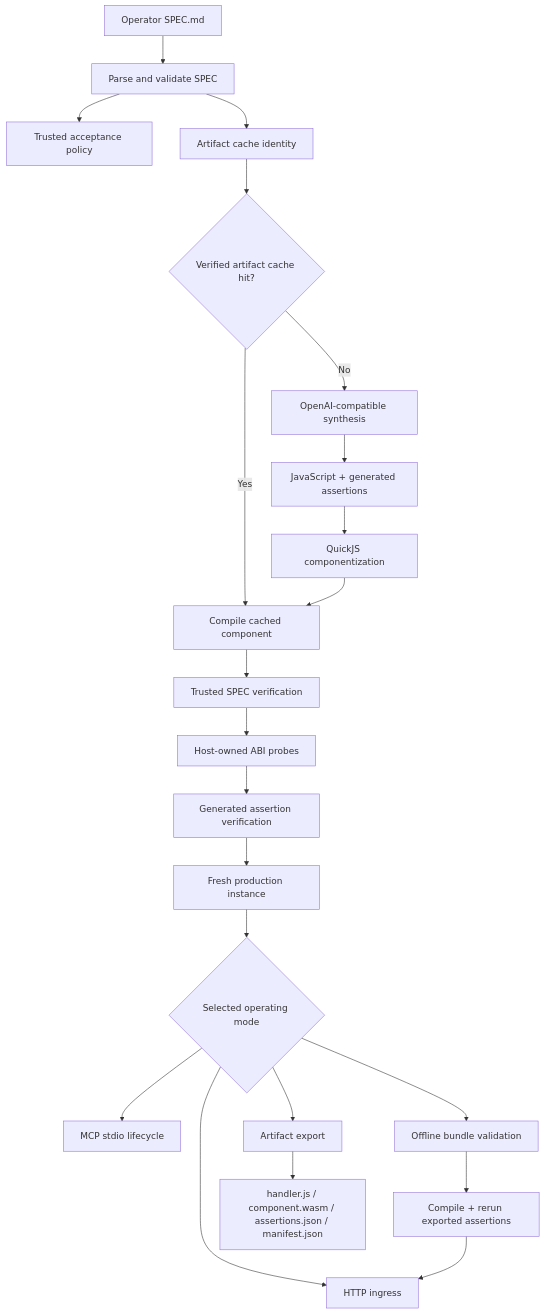
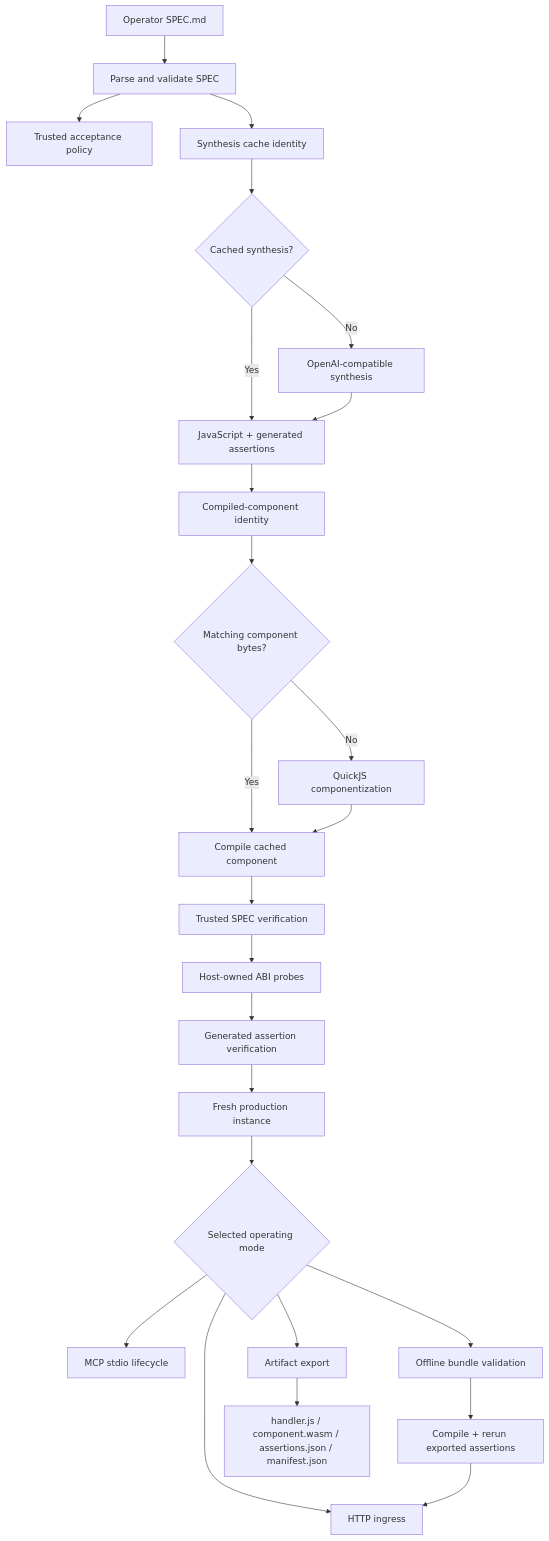
The diagram in ARCHITECTURE.md (NonOps/nosrc), drawn with Mermaid before and after one commit. The commit also changed other lines of this file and 5 other files, not shown here.

Commit message:
refactor: split synthesis and component cache identities

````diff
--- a/ARCHITECTURE.md
+++ b/ARCHITECTURE.md
@@ -18,24 +18,27 @@
 ```mermaid
 flowchart TD
     SPEC["Operator SPEC.md"] --> PARSE["Parse and validate SPEC"]
     PARSE --> POLICY["Trusted acceptance policy"]
-    PARSE --> KEY["Artifact cache identity"]
-    KEY --> CACHE{"Verified artifact cache hit?"}
-    CACHE -->|No| LLM["OpenAI-compatible synthesis"]
-    LLM --> JS["JavaScript + generated assertions"]
-    JS --> COMPONENTIZE["QuickJS componentization"]
-    CACHE -->|Yes| COMPILE["Compile cached component"]
+    PARSE --> SKEY["Synthesis cache identity"]
+    SKEY --> SCACHE{"Cached synthesis?"}
+    SCACHE -->|No| LLM["OpenAI-compatible synthesis"]
+    SCACHE -->|Yes| JS["JavaScript + generated assertions"]
+    LLM --> JS
+    JS --> CKEY["Compiled-component identity"]
+    CKEY --> CCACHE{"Matching component bytes?"}
+    CCACHE -->|No| COMPONENTIZE["QuickJS componentization"]
+    CCACHE -->|Yes| COMPILE["Compile cached component"]
     COMPONENTIZE --> COMPILE
     COMPILE --> TRUST["Trusted SPEC verification"]
     TRUST --> HOST["Host-owned ABI probes"]
     HOST --> GENERATED["Generated assertion verification"]
     GENERATED --> PROD["Fresh production instance"]
     PROD --> MODES{"Selected operating mode"}
     MODES --> HTTP["HTTP ingress"]
     MODES --> MCP["MCP stdio lifecycle"]
     MODES --> EXPORT["Artifact export"]
     MODES --> OFFLINE["Offline bundle validation"]
     OFFLINE --> VERIFYB["Compile + rerun exported assertions"]
     VERIFYB --> HTTP
     EXPORT --> FILES["handler.js / component.wasm / assertions.json / manifest.json"]
 ```
````
